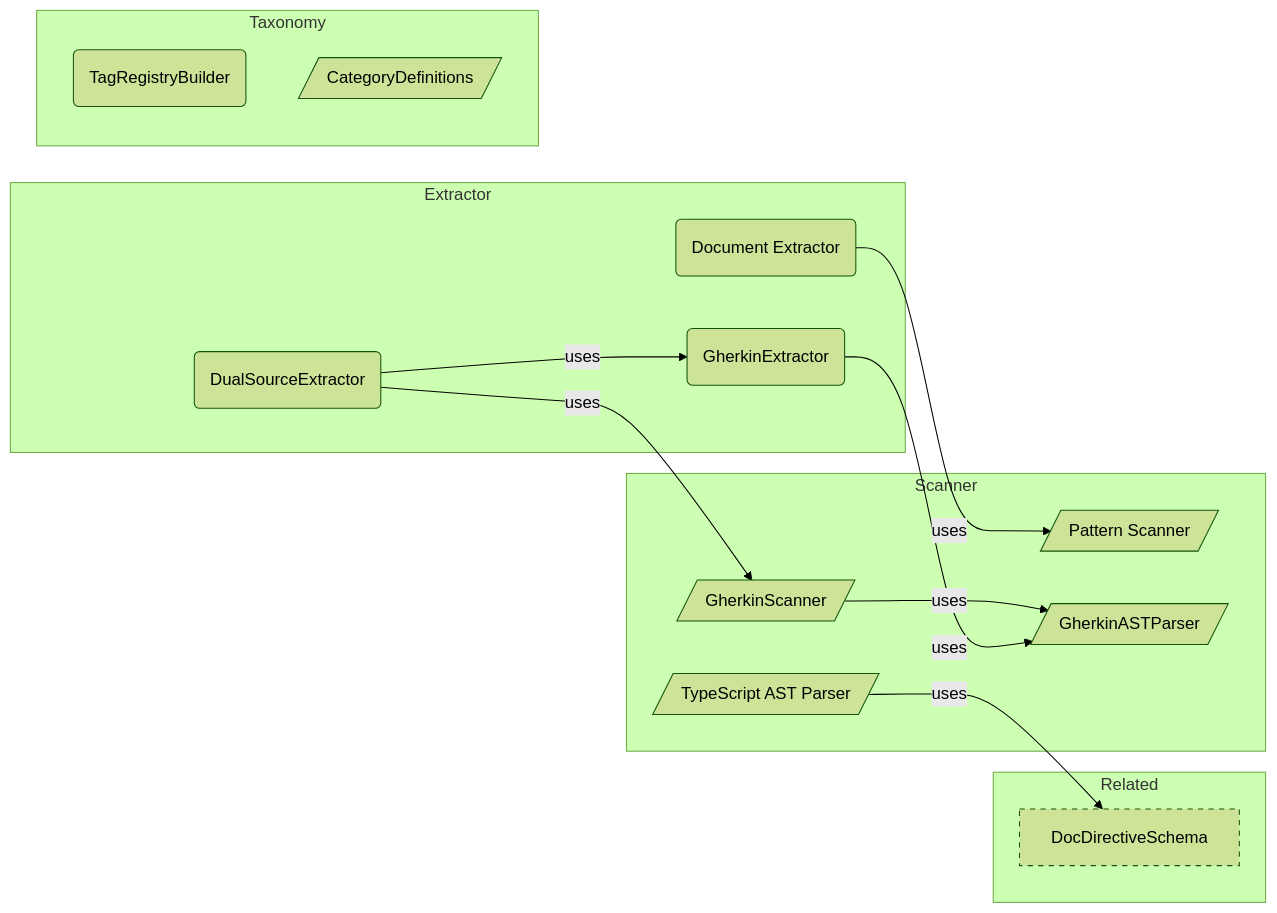
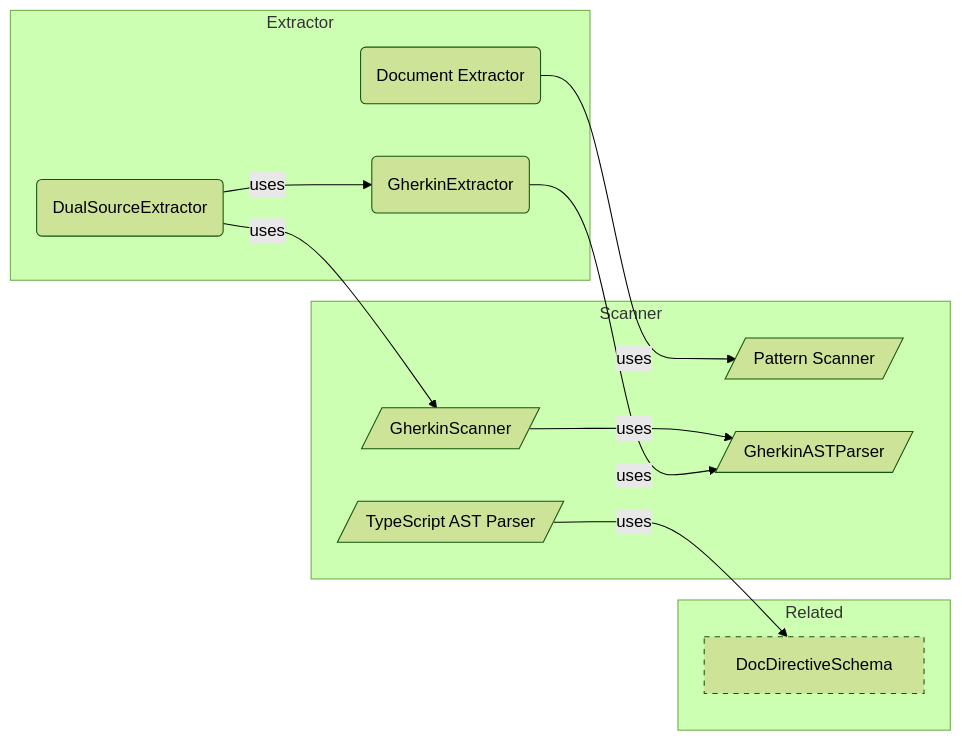
Before and after one commit to libar-dev/architect: the second of 2 diagrams in docs-live/product-areas/ANNOTATION.md, drawn with Mermaid (forest theme). The commit also changed other lines of this file and 90 other files, not shown here.

````diff
--- a/docs-live/product-areas/ANNOTATION.md
+++ b/docs-live/product-areas/ANNOTATION.md
@@ -52,28 +52,24 @@
 ```mermaid
 graph LR
     subgraph extractor["Extractor"]
         GherkinExtractor("GherkinExtractor")
         DualSourceExtractor("DualSourceExtractor")
         Document_Extractor("Document Extractor")
     end
     subgraph scanner["Scanner"]
         Pattern_Scanner[/"Pattern Scanner"/]
         GherkinScanner[/"GherkinScanner"/]
         GherkinASTParser[/"GherkinASTParser"/]
         TypeScript_AST_Parser[/"TypeScript AST Parser"/]
     end
-    subgraph taxonomy["Taxonomy"]
-        TagRegistryBuilder("TagRegistryBuilder")
-        CategoryDefinitions[/"CategoryDefinitions"/]
-    end
     subgraph related["Related"]
         DocDirectiveSchema["DocDirectiveSchema"]:::neighbor
     end
     GherkinScanner -->|uses| GherkinASTParser
     TypeScript_AST_Parser -->|uses| DocDirectiveSchema
     GherkinExtractor -->|uses| GherkinASTParser
     DualSourceExtractor -->|uses| GherkinExtractor
     DualSourceExtractor -->|uses| GherkinScanner
     Document_Extractor -->|uses| Pattern_Scanner
     classDef neighbor stroke-dasharray: 5 5
 ```
````
